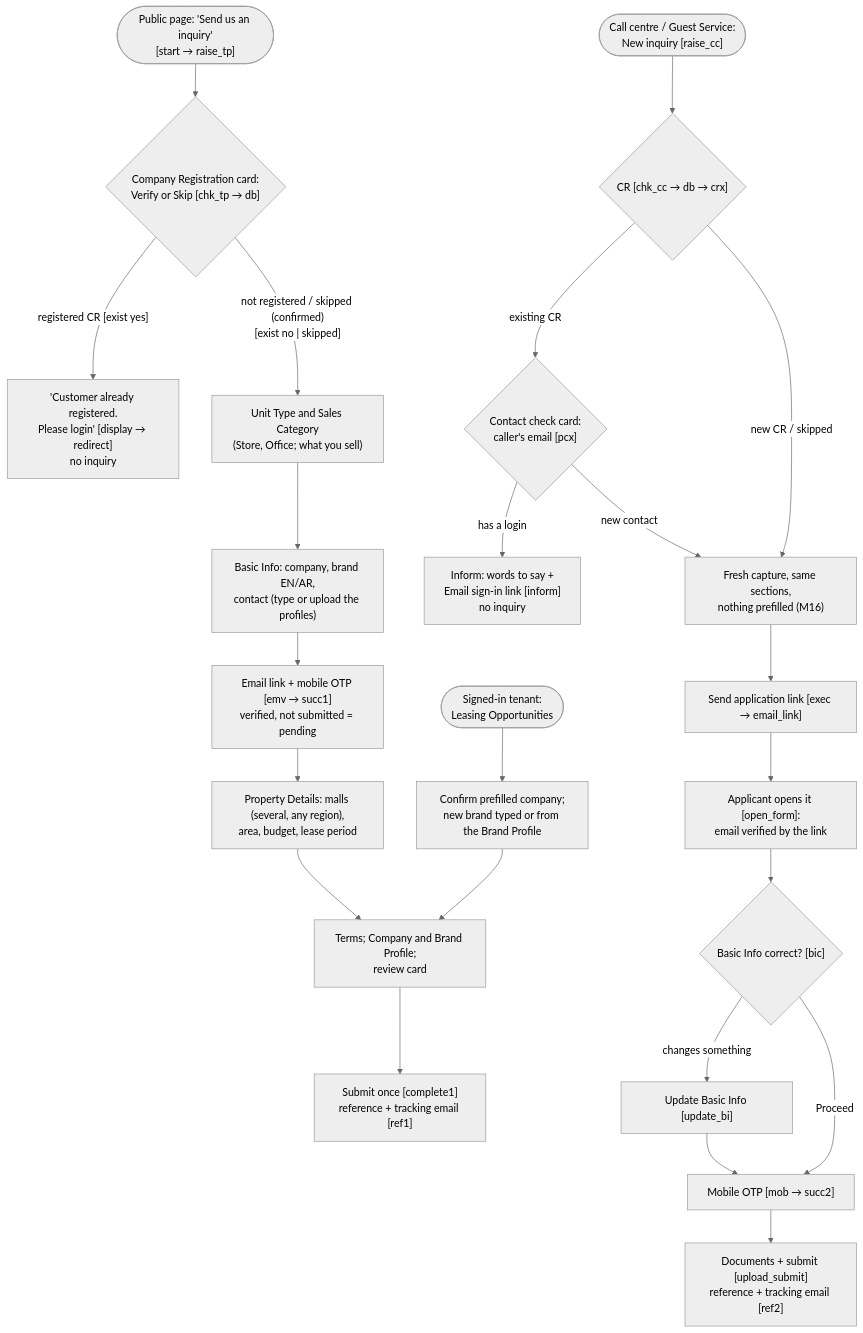
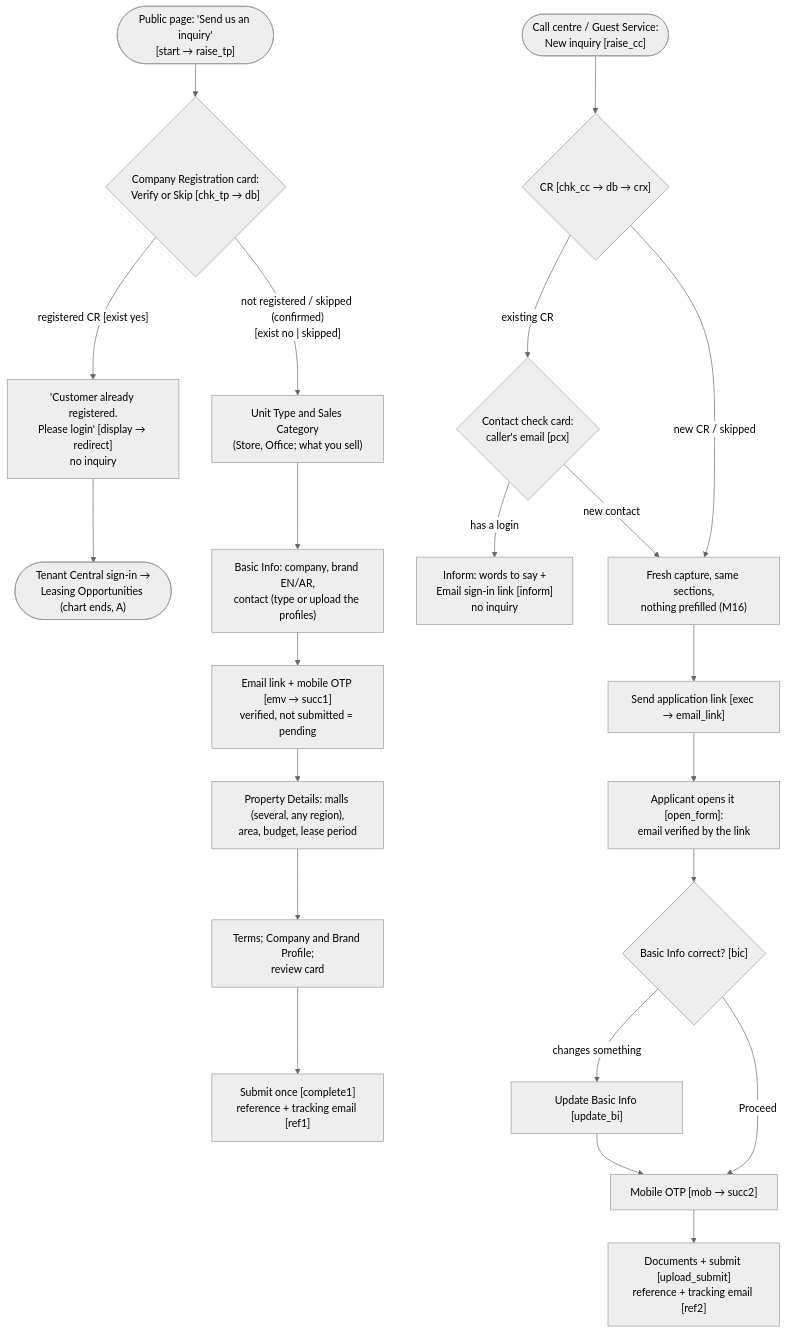
The first of 4 diagrams in docs/POC-LIFECYCLE.md (swa01wk/send-inquiry-agent), drawn with Mermaid (neutral theme) before and after one commit. The commit also changed other lines of this file and 52 other files, not shown here.

First line of the commit message:
Align Tenant Central with the chart: remove R4 (raise inquiry when signed in)

````diff
--- a/docs/POC-LIFECYCLE.md
+++ b/docs/POC-LIFECYCLE.md
@@ -34,29 +34,26 @@
 ```mermaid
 flowchart TD
   P(["Public page: 'Send us an inquiry'<br/>[start → raise_tp]"])
   C(["Call centre / Guest Service:<br/>New inquiry [raise_cc]"])
-  T(["Signed-in tenant:<br/>Leasing Opportunities"])
 
   P --> CRC{"Company Registration card:<br/>Verify or Skip [chk_tp → db]"}
-  CRC -- "registered CR [exist yes]" --> SIGN["'Customer already registered.<br/>Please login' [display → redirect]<br/>no inquiry"]
+  CRC -- "registered CR [exist yes]" --> SIGN["'Customer already registered.<br/>Please login' [display → redirect]<br/>no inquiry"] --> LO(["Tenant Central sign-in →<br/>Leasing Opportunities (chart ends, A)"])
   CRC -- "not registered / skipped (confirmed)<br/>[exist no | skipped]" --> UC["Unit Type and Sales Category<br/>(Store, Office; what you sell)"]
   UC --> BI["Basic Info: company, brand EN/AR,<br/>contact (type or upload the profiles)"]
   BI --> V["Email link + mobile OTP [emv → succ1]<br/>verified, not submitted = pending"]
   V --> PD["Property Details: malls (several, any region),<br/>area, budget, lease period"]
   PD --> TD["Terms; Company and Brand Profile;<br/>review card"]
   TD --> S1["Submit once [complete1]<br/>reference + tracking email [ref1]"]
 
   C --> CCR{"CR [chk_cc → db → crx]"}
   CCR -- "existing CR" --> PCX{"Contact check card:<br/>caller's email [pcx]"}
   PCX -- "has a login" --> INF["Inform: words to say +<br/>Email sign-in link [inform]<br/>no inquiry"]
   PCX -- "new contact" --> FRESH["Fresh capture, same sections,<br/>nothing prefilled (M16)"]
   CCR -- "new CR / skipped" --> FRESH
   FRESH --> EXEC["Send application link [exec → email_link]"]
   EXEC --> OPEN["Applicant opens it [open_form]:<br/>email verified by the link"]
   OPEN --> BIC{"Basic Info correct? [bic]"}
   BIC -- "changes something" --> UBI["Update Basic Info [update_bi]"] --> MOB
   BIC -- "Proceed" --> MOB["Mobile OTP [mob → succ2]"]
   MOB --> S2["Documents + submit [upload_submit]<br/>reference + tracking email [ref2]"]
-
-  T --> TC["Confirm prefilled company;<br/>new brand typed or from the Brand Profile"] --> TD
 ```
````
